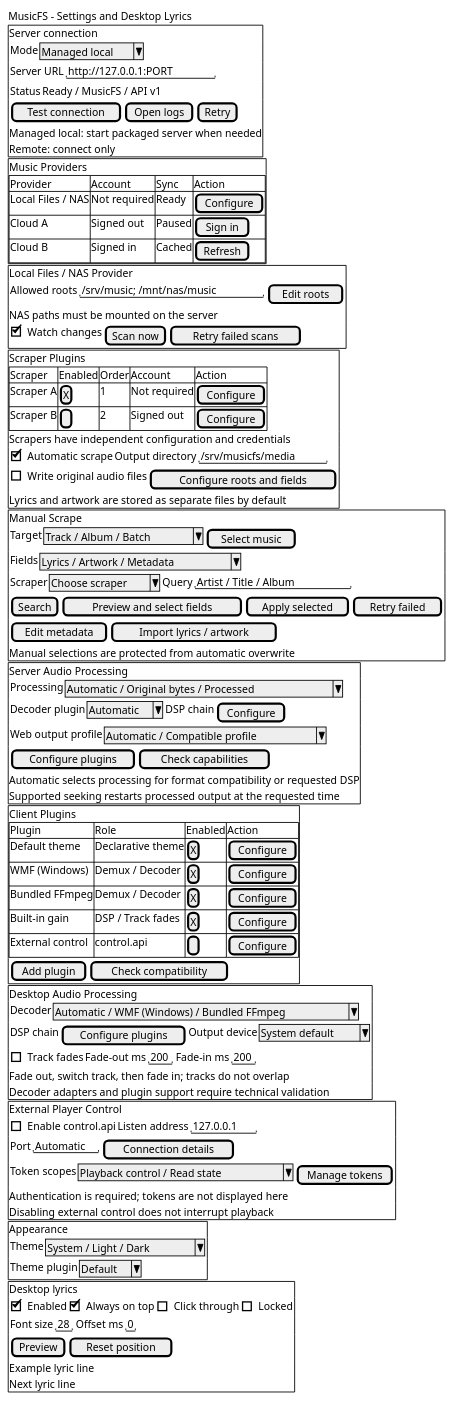
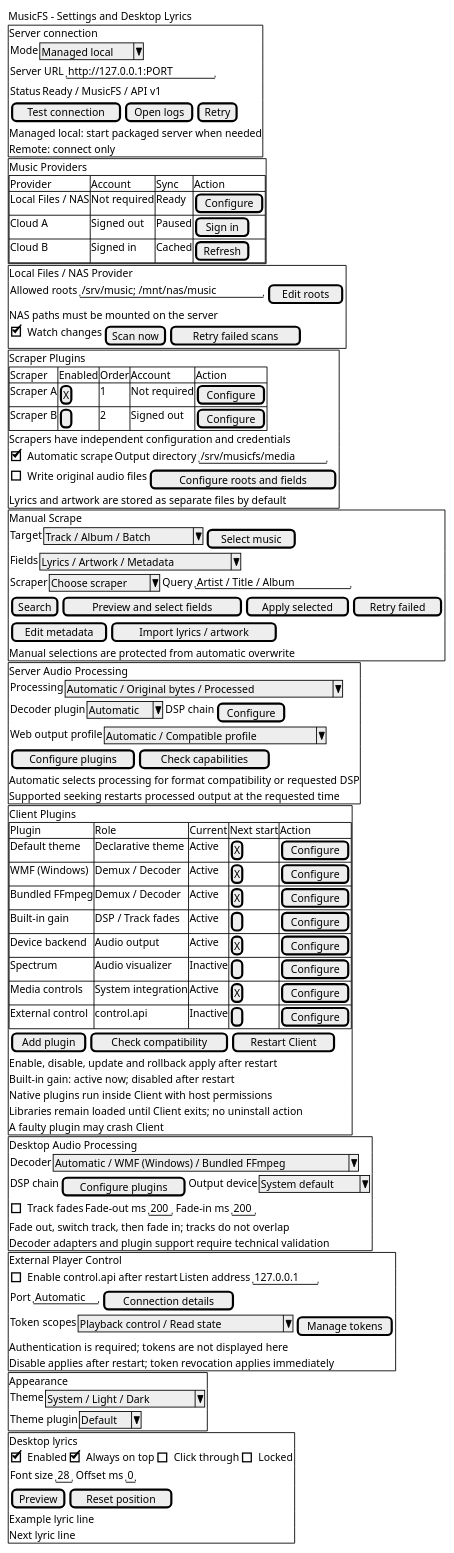
Before and after one commit to fnMrRice/MusicFS-client: the diagram in docs/prototypes/settings.salt.puml, drawn with PlantUML. The commit also changed 9 other files, not shown here.

```diff
--- a/docs/prototypes/settings.salt.puml
+++ b/docs/prototypes/settings.salt.puml
@@ -1,100 +1,108 @@
 @startsalt
 {
   MusicFS - Settings and Desktop Lyrics
   {+
     Server connection
     { Mode | ^Managed local^ }
     { Server URL | "http://127.0.0.1:PORT" }
     { Status | Ready / MusicFS / API v1 }
     { [Test connection] | [Open logs] | [Retry] }
     Managed local: start packaged server when needed
     Remote: connect only
   }
   {+
     Music Providers
     {#
       Provider | Account | Sync | Action
       Local Files / NAS | Not required | Ready | [Configure]
       Cloud A | Signed out | Paused | [Sign in]
       Cloud B | Signed in | Cached | [Refresh]
     }
   }
   {+
     Local Files / NAS Provider
     { Allowed roots | "/srv/music; /mnt/nas/music" | [Edit roots] }
     NAS paths must be mounted on the server
     { [X] Watch changes | [Scan now] | [Retry failed scans] }
   }
   {+
     Scraper Plugins
     {#
       Scraper | Enabled | Order | Account | Action
       Scraper A | [X] | 1 | Not required | [Configure]
       Scraper B | [ ] | 2 | Signed out | [Configure]
     }
     Scrapers have independent configuration and credentials
     { [X] Automatic scrape | Output directory | "/srv/musicfs/media" }
     { [ ] Write original audio files | [Configure roots and fields] }
     Lyrics and artwork are stored as separate files by default
   }
   {+
     Manual Scrape
     { Target | ^Track / Album / Batch^ | [Select music] }
     { Fields | ^Lyrics / Artwork / Metadata^ }
     { Scraper | ^Choose scraper^ | Query | "Artist / Title / Album" }
     { [Search] | [Preview and select fields] | [Apply selected] | [Retry failed] }
     { [Edit metadata] | [Import lyrics / artwork] }
     Manual selections are protected from automatic overwrite
   }
   {+
     Server Audio Processing
     { Processing | ^Automatic / Original bytes / Processed^ }
     { Decoder plugin | ^Automatic^ | DSP chain | [Configure] }
     { Web output profile | ^Automatic / Compatible profile^ }
     { [Configure plugins] | [Check capabilities] }
     Automatic selects processing for format compatibility or requested DSP
     Supported seeking restarts processed output at the requested time
   }
   {+
     Client Plugins
     {#
-      Plugin | Role | Enabled | Action
-      Default theme | Declarative theme | [X] | [Configure]
-      WMF (Windows) | Demux / Decoder | [X] | [Configure]
-      Bundled FFmpeg | Demux / Decoder | [X] | [Configure]
-      Built-in gain | DSP / Track fades | [X] | [Configure]
-      External control | control.api | [ ] | [Configure]
+      Plugin | Role | Current | Next start | Action
+      Default theme | Declarative theme | Active | [X] | [Configure]
+      WMF (Windows) | Demux / Decoder | Active | [X] | [Configure]
+      Bundled FFmpeg | Demux / Decoder | Active | [X] | [Configure]
+      Built-in gain | DSP / Track fades | Active | [ ] | [Configure]
+      Device backend | Audio output | Active | [X] | [Configure]
+      Spectrum | Audio visualizer | Inactive | [ ] | [Configure]
+      Media controls | System integration | Active | [X] | [Configure]
+      External control | control.api | Inactive | [ ] | [Configure]
     }
-    { [Add plugin] | [Check compatibility] }
+    { [Add plugin] | [Check compatibility] | [Restart Client] }
+    Enable, disable, update and rollback apply after restart
+    Built-in gain: active now; disabled after restart
+    Native plugins run inside Client with host permissions
+    Libraries remain loaded until Client exits; no uninstall action
+    A faulty plugin may crash Client
   }
   {+
     Desktop Audio Processing
     { Decoder | ^Automatic / WMF (Windows) / Bundled FFmpeg^ }
     { DSP chain | [Configure plugins] | Output device | ^System default^ }
     { [ ] Track fades | Fade-out ms | "200" | Fade-in ms | "200" }
     Fade out, switch track, then fade in; tracks do not overlap
     Decoder adapters and plugin support require technical validation
   }
   {+
     External Player Control
-    { [ ] Enable control.api | Listen address | "127.0.0.1" }
+    { [ ] Enable control.api after restart | Listen address | "127.0.0.1" }
     { Port | "Automatic" | [Connection details] }
     { Token scopes | ^Playback control / Read state^ | [Manage tokens] }
     Authentication is required; tokens are not displayed here
-    Disabling external control does not interrupt playback
+    Disable applies after restart; token revocation applies immediately
   }
   {+
     Appearance
     { Theme | ^System / Light / Dark^ }
     { Theme plugin | ^Default^ }
   }
   {+
     Desktop lyrics
     { [X] Enabled | [X] Always on top | [ ] Click through | [ ] Locked }
     { Font size | "28" | Offset ms | "0" }
     { [Preview] | [Reset position] }
     Example lyric line
     Next lyric line
   }
 }
 @endsalt
```
